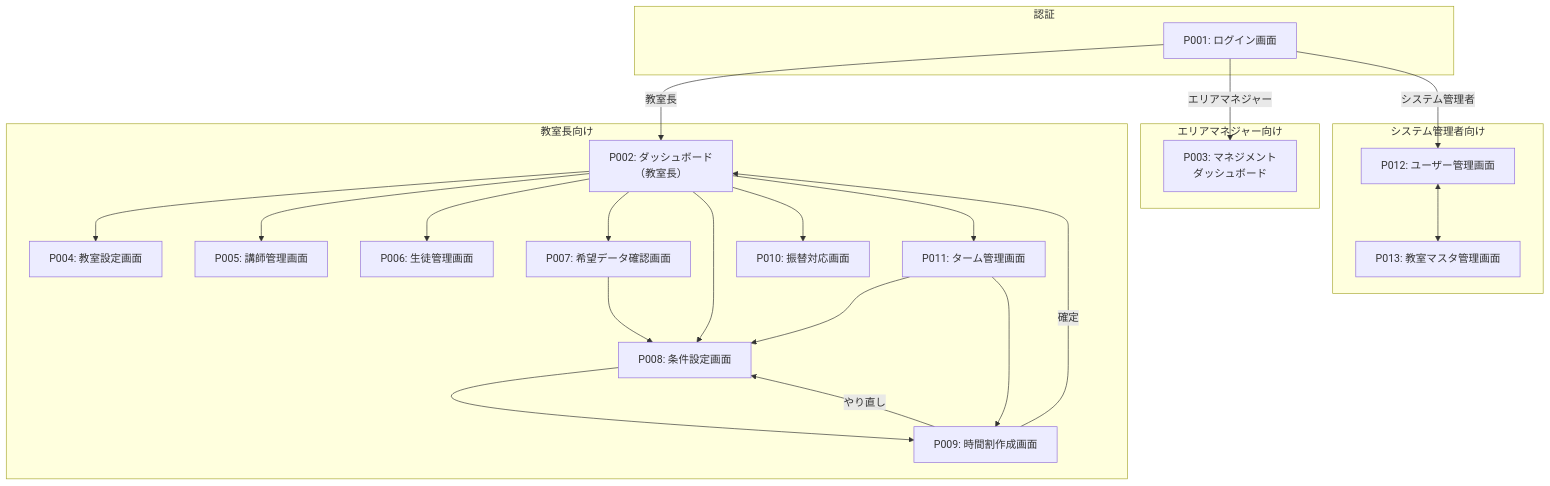
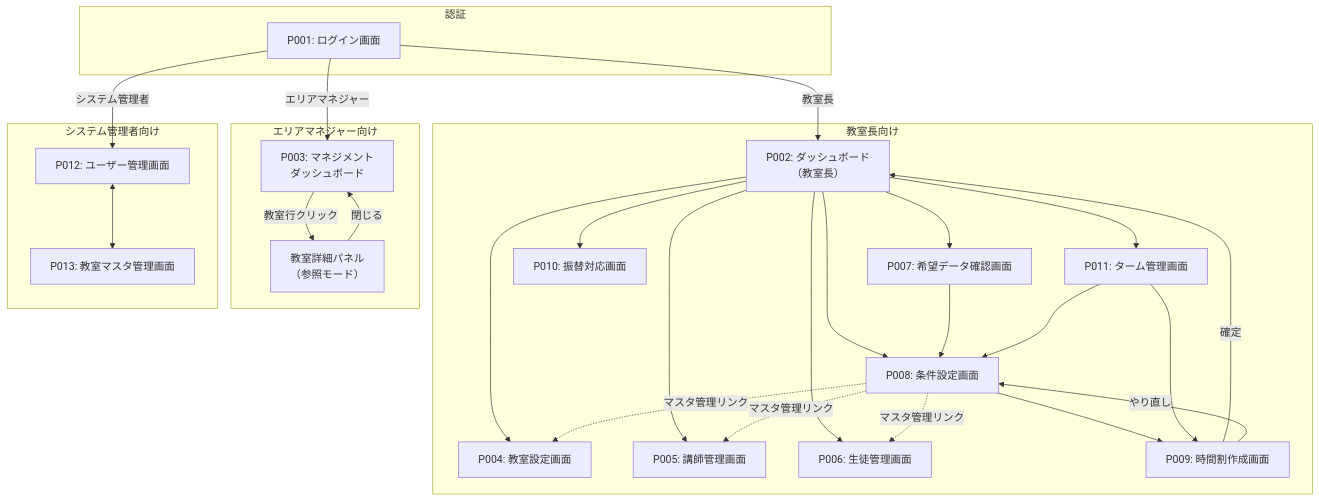
Before and after one commit to nkm-create/r2b-sprint3: the first of 6 diagrams in docs/requirements/specifications/flow.md, drawn with Mermaid. The commit also changed other lines of this file and 34 other files, not shown here.

First line of the commit message:
feat(requirements): complete steps 9-11 (IPO, data list, cloud architecture)

````diff
--- a/docs/requirements/specifications/flow.md
+++ b/docs/requirements/specifications/flow.md
@@ -64,48 +65,55 @@
 ```mermaid
 graph TD
     subgraph 認証
         P001["P001: ログイン画面"]
     end
 
     subgraph 教室長向け
         P002["P002: ダッシュボード<br>（教室長）"]
         P004["P004: 教室設定画面"]
         P005["P005: 講師管理画面"]
         P006["P006: 生徒管理画面"]
         P007["P007: 希望データ確認画面"]
         P008["P008: 条件設定画面"]
         P009["P009: 時間割作成画面"]
         P010["P010: 振替対応画面"]
         P011["P011: ターム管理画面"]
     end
 
     subgraph エリアマネジャー向け
         P003["P003: マネジメント<br>ダッシュボード"]
+        P003_DETAIL["教室詳細パネル<br>（参照モード）"]
     end
 
     subgraph システム管理者向け
         P012["P012: ユーザー管理画面"]
         P013["P013: 教室マスタ管理画面"]
     end
 
     P001 -->|教室長| P002
     P001 -->|エリアマネジャー| P003
     P001 -->|システム管理者| P012
 
     P002 --> P004
     P002 --> P005
     P002 --> P006
     P002 --> P007
     P002 --> P008
     P002 --> P010
     P002 --> P011
 
     P007 --> P008
     P008 --> P009
+    P008 -.->|マスタ管理リンク| P004
+    P008 -.->|マスタ管理リンク| P005
+    P008 -.->|マスタ管理リンク| P006
     P011 --> P008
     P011 --> P009
     P009 -->|確定| P002
     P009 -->|やり直し| P008
 
+    P003 -->|教室行クリック| P003_DETAIL
+    P003_DETAIL -->|閉じる| P003
+
     P012 <--> P013
 ```
````
